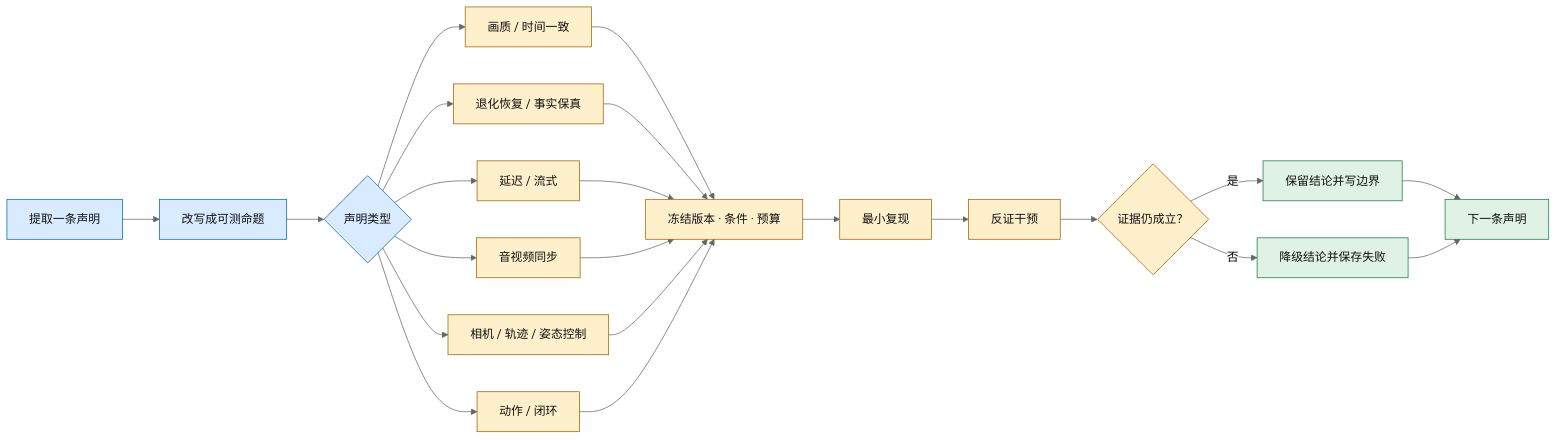
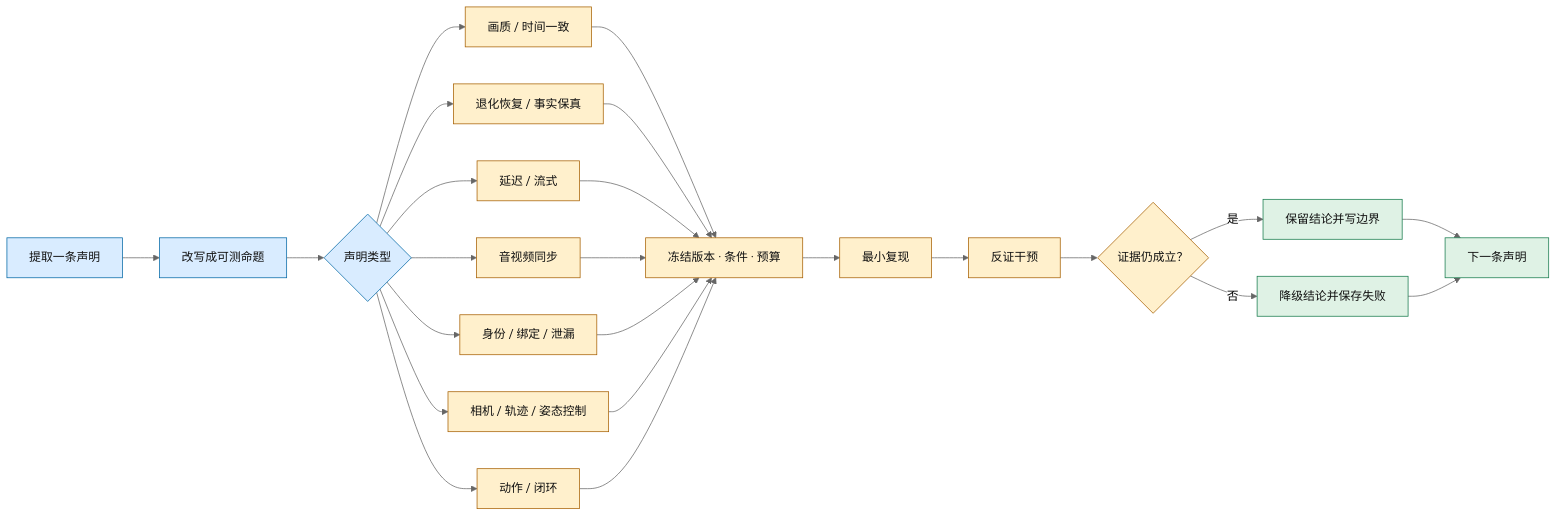
One commit to GVCLab/Video-Generation-101 changed the second of 2 diagrams in docs/reading-list.md. Above: the diagram before and after it, drawn with Mermaid (neutral theme). The commit also changed other lines of this file and 19 other files, not shown here.

````diff
--- a/docs/reading-list.md
+++ b/docs/reading-list.md
@@ -472,34 +513,36 @@
 ```mermaid
 flowchart LR
     accTitle: 从论文声明到保留或降级结论的验证回路
-    accDescr: 先把论文声明改写成可测量命题，再按声明类型选择质量、退化恢复、延迟、音视频同步、显式视觉控制或闭环控制协议。固定版本、条件和预算后运行最小复现，再加入最可能推翻结论的干预。证据通过则保留带边界的结论，否则降级并记录失败。
+    accDescr: 先把论文声明改写成可测量命题，再按声明类型选择质量、退化恢复、延迟、音视频同步、主体绑定/泄漏、显式视觉控制或闭环控制协议。固定版本、条件和预算后运行最小复现，再加入最可能推翻结论的干预。证据通过则保留带边界的结论，否则降级并记录失败。
 
     C["提取一条声明"] --> M["改写成可测命题"]
     M --> T{"声明类型"}
     T --> Q["画质 / 时间一致"]
     T --> E["退化恢复 / 事实保真"]
     T --> L["延迟 / 流式"]
     T --> A["音视频同步"]
+    T --> I["身份 / 绑定 / 泄漏"]
     T --> V["相机 / 轨迹 / 姿态控制"]
     T --> W["动作 / 闭环"]
     Q --> F["冻结版本 · 条件 · 预算"]
     E --> F
     L --> F
     A --> F
+    I --> F
     V --> F
     W --> F
     F --> R["最小复现"]
     R --> X["反证干预"]
     X --> J{"证据仍成立？"}
     J -->|"是"| K["保留结论并写边界"]
     J -->|"否"| G["降级结论并保存失败"]
     K --> N["下一条声明"]
     G --> N
 
     classDef claim fill:#d9ecff,stroke:#0067a5,color:#111
     classDef test fill:#fff0cc,stroke:#a65f00,color:#111
     classDef outcome fill:#dff2e5,stroke:#147a4b,color:#111
     class C,M,T claim
-    class Q,E,L,A,V,W,F,R,X,J test
+    class Q,E,L,A,I,V,W,F,R,X,J test
     class K,G,N outcome
 ```
````
